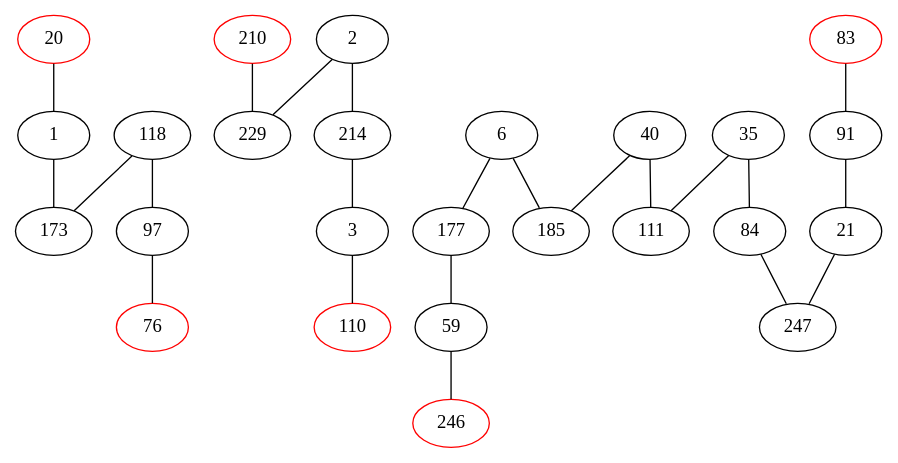
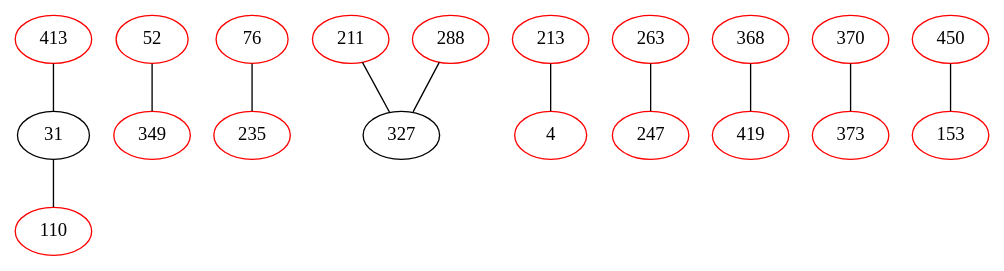
The diagram in external/dbg2olc/StrongCleanedBestOverlapGraph.dot (AuCson/Genome-Assembly-Implementation), drawn with Graphviz before and after one commit. The commit also changed 67 other files, not shown here.

```diff
--- a/external/dbg2olc/StrongCleanedBestOverlapGraph.dot
+++ b/external/dbg2olc/StrongCleanedBestOverlapGraph.dot
@@ -1,71 +1,44 @@
 strict graph G {
-1 -- 173;
-2 -- 229;
-3 -- 110;
-6 -- 185;
-20 -- 1;
-21 -- 247;
-35 -- 111;
-40 -- 111;
-59 -- 246;
-83 -- 91;
-84 -- 247;
-91 -- 21;
-97 -- 76;
-111 -- 35;
-118 -- 97;
-173 -- 1;
-177 -- 59;
-185 -- 6;
-214 -- 3;
-229 -- 2;
-246 -- 59;
-247 -- 21;
-1 -- 20;
-2 -- 214;
-3 -- 214;
-6 -- 177;
-21 -- 91;
-35 -- 84;
-40 -- 185;
-59 -- 177;
-76 -- 97;
-84 -- 35;
-91 -- 83;
-97 -- 118;
-110 -- 3;
-111 -- 40;
-118 -- 173;
-173 -- 118;
-177 -- 6;
-185 -- 40;
-210 -- 229;
-214 -- 2;
-229 -- 210;
-247 -- 84;
-1
-2
-3
-6
-20[color=red];
-21
-35
-40
-59
+31 -- 110;
+52 -- 349;
+76 -- 235;
+110 -- 31;
+211 -- 327;
+213 -- 4;
+235 -- 76;
+263 -- 247;
+288 -- 327;
+327 -- 211;
+349 -- 52;
+368 -- 419;
+370 -- 373;
+413 -- 31;
+450 -- 153;
+4 -- 213;
+31 -- 413;
+153 -- 450;
+247 -- 263;
+327 -- 288;
+373 -- 370;
+419 -- 368;
+4[color=red];
+31
+52[color=red];
 76[color=red];
-83[color=red];
-84
-91
-97
 110[color=red];
-111
-118
-173
-177
-185
-210[color=red];
-214
-229
-246[color=red];
-247
+153[color=red];
+211[color=red];
+213[color=red];
+235[color=red];
+247[color=red];
+263[color=red];
+288[color=red];
+327
+349[color=red];
+368[color=red];
+370[color=red];
+373[color=red];
+413[color=red];
+419[color=red];
+450[color=red];
 }
```
